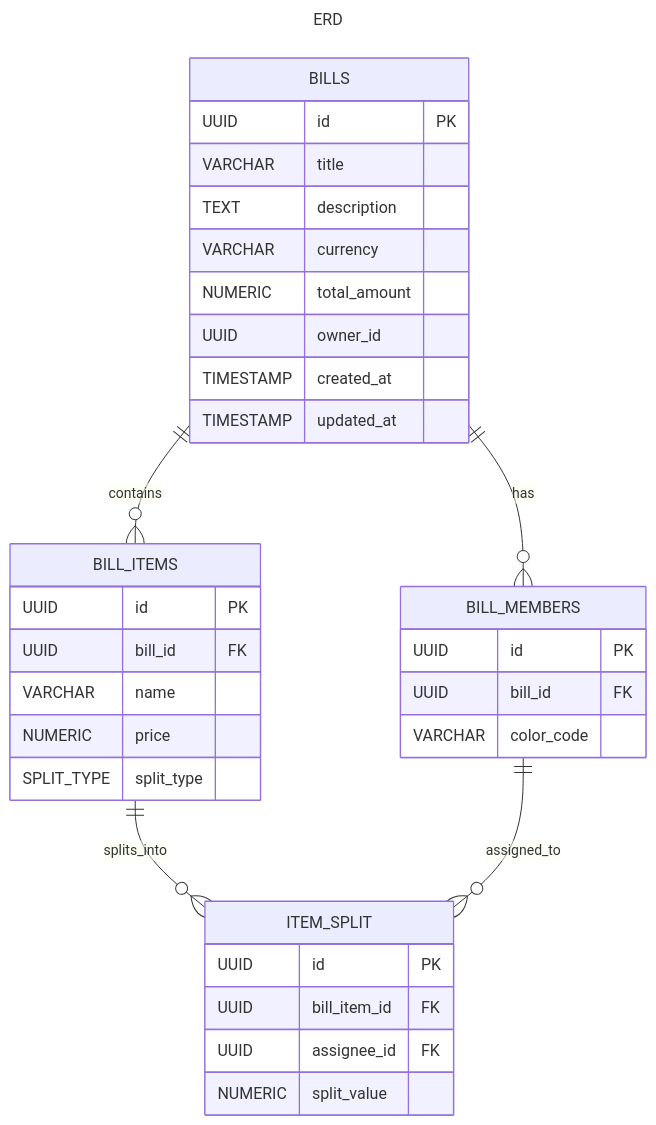
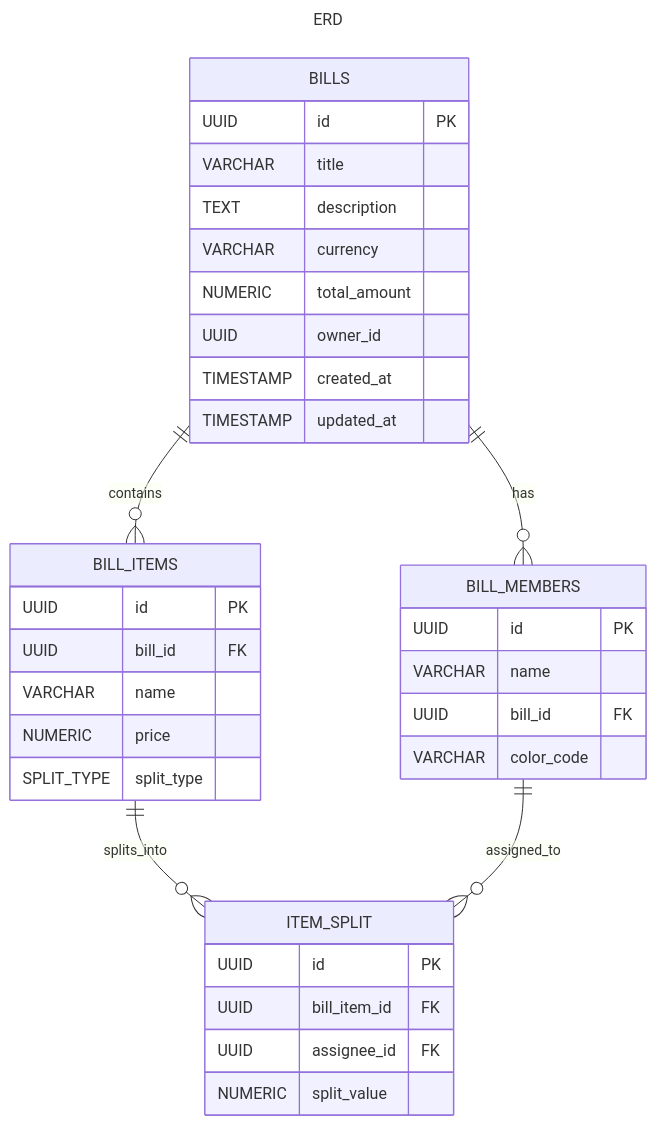
The second of 2 diagrams in README.md (adhl-0216/sblitz-billing-svc), drawn with Mermaid before and after one commit.

Commit message:
trigger workflow

````diff
--- a/README.md
+++ b/README.md
@@ -53,42 +53,43 @@
 ```mermaid
 ---
 title: ERD
 ---
 erDiagram
     BILLS ||--o{ BILL_ITEMS : contains
     BILLS ||--o{ BILL_MEMBERS : has
     BILL_ITEMS ||--o{ ITEM_SPLIT : splits_into
     BILL_MEMBERS ||--o{ ITEM_SPLIT : assigned_to
 
     BILLS {
         UUID id PK
         VARCHAR title
         TEXT description
         VARCHAR currency
         NUMERIC total_amount
         UUID owner_id
         TIMESTAMP created_at
         TIMESTAMP updated_at
     }
 
     BILL_ITEMS {
         UUID id PK
         UUID bill_id FK
         VARCHAR name
         NUMERIC price
         SPLIT_TYPE split_type
     }
 
     BILL_MEMBERS {
         UUID id PK
+        VARCHAR name
         UUID bill_id FK
         VARCHAR color_code
     }
 
     ITEM_SPLIT {
         UUID id PK
         UUID bill_item_id FK
         UUID assignee_id FK
         NUMERIC split_value
     }
 ```
````
